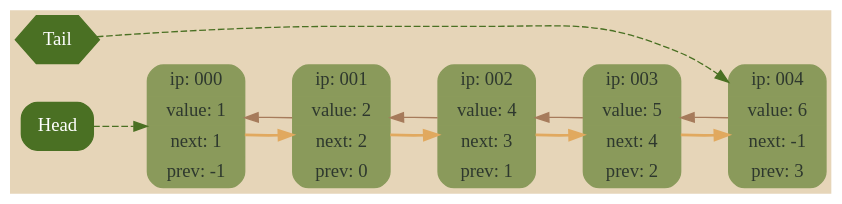
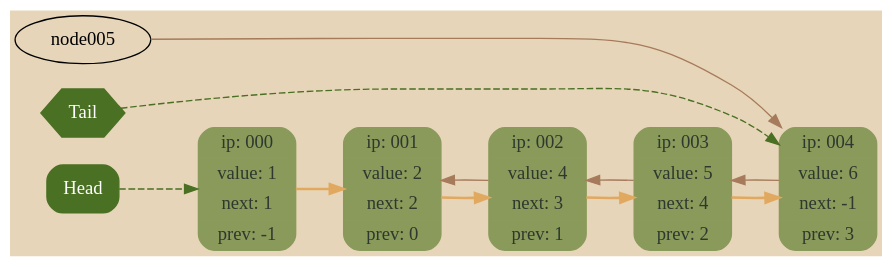
One commit to F1merhub/List changed the diagram in GraphDump/dump.dot. Above: the diagram before and after it, drawn with Graphviz. The commit also changed 4 other files, not shown here.

```diff
--- a/GraphDump/dump.dot
+++ b/GraphDump/dump.dot
@@ -1,23 +1,23 @@
 digraph G {
 	rankdir = LR;
 	bgcolor="#E6D5B8";
 	node000 [shape=Mrecord; style=filled; color="#8A9A5B"; fontcolor="#2E382E"; label=" { ip: 000 } | { value:   1 } | { next:   1 } | { prev:  -1 } "];
 	node001 [shape=Mrecord; style=filled; color="#8A9A5B"; fontcolor="#2E382E"; label=" { ip: 001 } | { value:   2 } | { next:   2 } | { prev:   0 } "];
 	node002 [shape=Mrecord; style=filled; color="#8A9A5B"; fontcolor="#2E382E"; label=" { ip: 002 } | { value:   4 } | { next:   3 } | { prev:   1 } "];
 	node003 [shape=Mrecord; style=filled; color="#8A9A5B"; fontcolor="#2E382E"; label=" { ip: 003 } | { value:   5 } | { next:   4 } | { prev:   2 } "];
 	node004 [shape=Mrecord; style=filled; color="#8A9A5B"; fontcolor="#2E382E"; label=" { ip: 004 } | { value:   6 } | { next:  -1 } | { prev:   3 } "];
 
 	node000 -> node001 [style=bold; weight=1000; color="#E1A95F"];
 	node001 -> node002 [style=bold; weight=1000; color="#E1A95F"];
 	node002 -> node003 [style=bold; weight=1000; color="#E1A95F"];
 	node003 -> node004 [style=bold; weight=1000; color="#E1A95F"];
+	node005 -> node004 [weight=0; color="#A67B5B"; constraint=false];
 	node004 -> node003 [weight=0; color="#A67B5B"; constraint=false];
 	node003 -> node002 [weight=0; color="#A67B5B"; constraint=false];
 	node002 -> node001 [weight=0; color="#A67B5B"; constraint=false];
-	node001 -> node000 [weight=0; color="#A67B5B"; constraint=false];
 
 	head [shape=Mrecord; style=filled; color="#4A7023"; fontcolor="white"; label="Head"];
 	head -> node000 [style=dashed; color="#4A7023"];
 	tail [shape=hexagon; style=filled; color="#4A7023"; fontcolor="white"; label="Tail"];
 	tail -> node004 [style=dashed; color="#4A7023"; constraint=false];
 }
```
